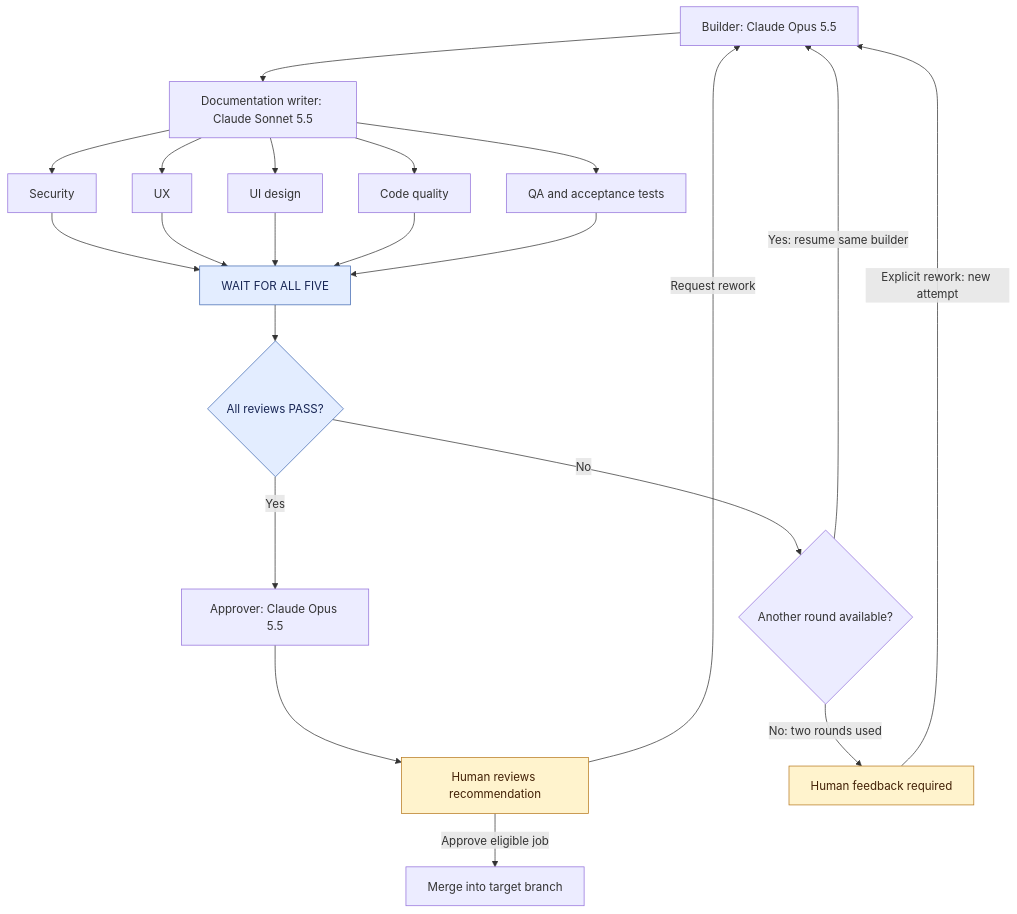
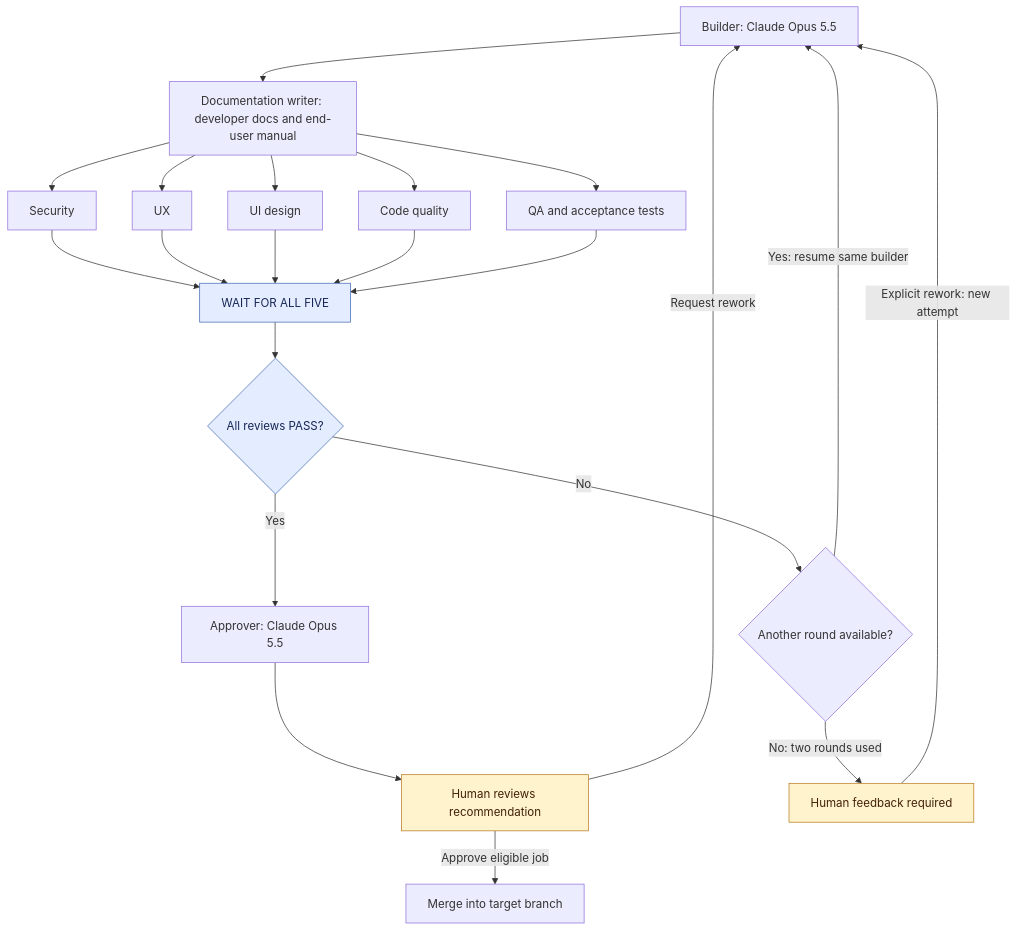
One commit to faiqfarooq/software-factory changed the second of 4 diagrams in codex-claude/docs/GUIDE.md. Above: the diagram before and after it, drawn with Mermaid. The commit also changed other lines of this file and 13 other files, not shown here.

````diff
--- a/codex-claude/docs/GUIDE.md
+++ b/codex-claude/docs/GUIDE.md
@@ -117,34 +128,34 @@
 ```mermaid
 flowchart TD
     Builder["Builder: Claude Opus 5.5"]
 
-    Builder --> Docs["Documentation writer: Claude Sonnet 5.5"]
+    Builder --> Docs["Documentation writer: developer docs and end-user manual"]
     Docs --> Security["Security"]
     Docs --> UX["UX"]
     Docs --> UI["UI design"]
     Docs --> Code["Code quality"]
     Docs --> QA["QA and acceptance tests"]
 
     Security --> Wait["WAIT FOR ALL FIVE"]
     UX --> Wait
     UI --> Wait
     Code --> Wait
     QA --> Wait
 
     Wait --> Verdict{"All reviews PASS?"}
 
     Verdict -->|Yes| Approver["Approver: Claude Opus 5.5"]
     Approver --> Human["Human reviews recommendation"]
     Human -->|Approve eligible job| Merge["Merge into target branch"]
     Human -->|Request rework| Builder
 
     Verdict -->|No| Budget{"Another round available?"}
     Budget -->|Yes: resume same builder| Builder
     Budget -->|No: two rounds used| Feedback["Human feedback required"]
     Feedback -->|Explicit rework: new attempt| Builder
 
     classDef human fill:#fff3cd,stroke:#b7791f,color:#422006;
     class Human,Feedback human;
     classDef gate fill:#e3edff,stroke:#4169b1,color:#172554;
     class Wait,Verdict gate;
 ```
````
